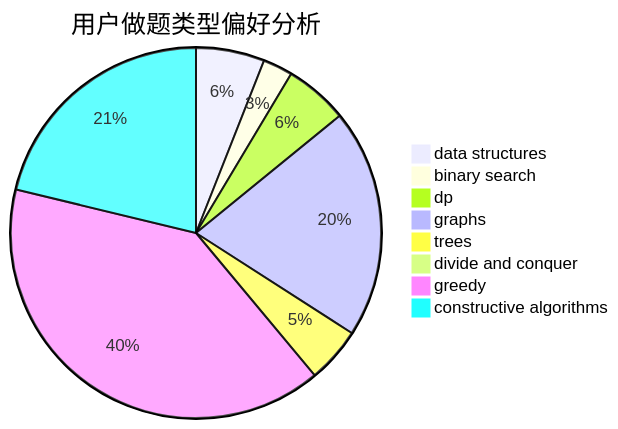
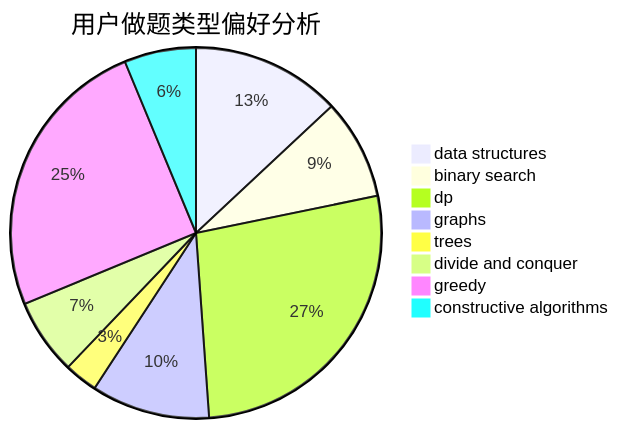
The second of 3 diagrams in docs/user/u1790.md (sherpahu/cfrs.github.io), drawn with Mermaid before and after one commit. The commit also changed other lines of this file and 2770 other files, not shown here.

````diff
--- a/docs/user/u1790.md
+++ b/docs/user/u1790.md
@@ -23,11 +23,11 @@
 ```mermaid
 pie title 用户做题类型偏好分析
-    "data structures" :  53
-    "binary search" :  23
-    "dp" :  49
-    "graphs" :  177
-    "trees" :  43
-    "divide and conquer" :  1
-    "greedy" :  353
-    "constructive algorithms" :  188
+    "data structures" :  179
+    "binary search" :  120
+    "dp" :  372
+    "graphs" :  142
+    "trees" :  40
+    "divide and conquer" :  91
+    "greedy" :  343
+    "constructive algorithms" :  86
 ```
````
